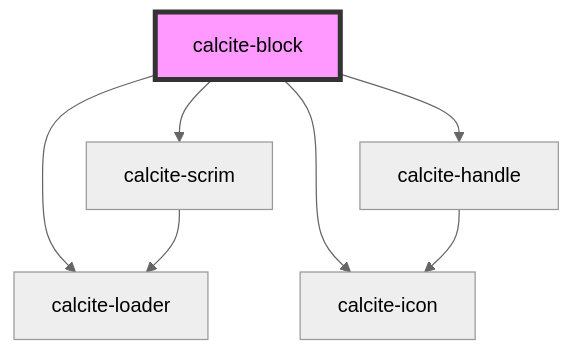
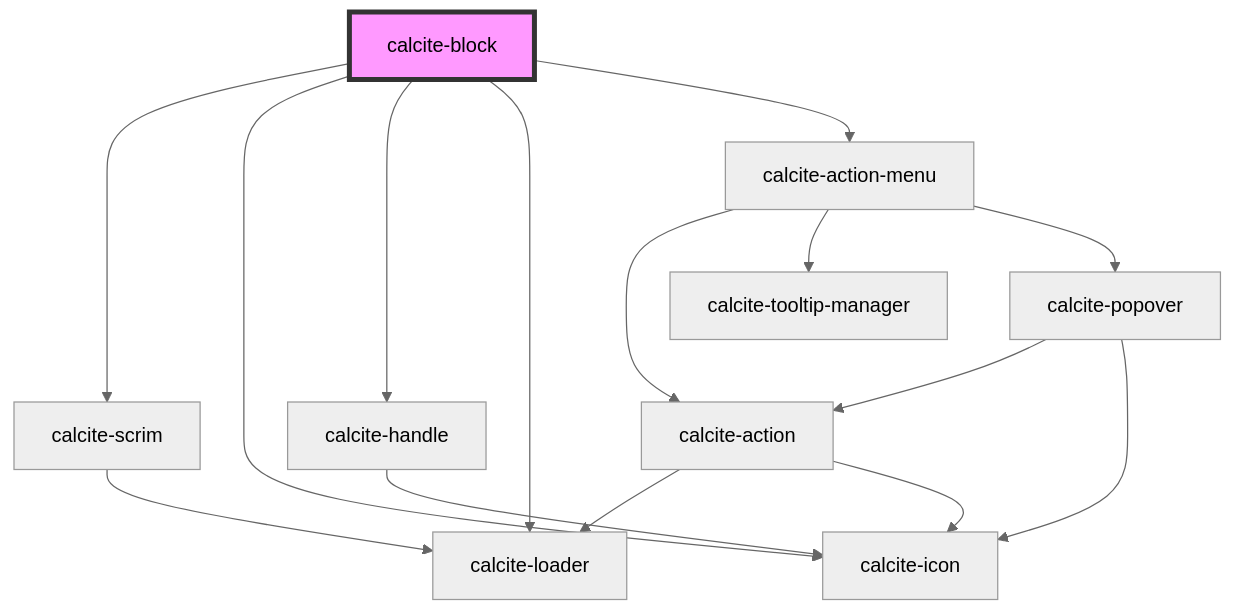
The diagram in src/components/calcite-block/readme.md (vikivakarvc/calcite-design-system), drawn with Mermaid (neutral theme) before and after one commit. The commit also changed other lines of this file and 5 other files, not shown here.

````diff
--- a/src/components/calcite-block/readme.md
+++ b/src/components/calcite-block/readme.md
@@ -99,10 +102,18 @@
 ```mermaid
 graph TD;
   calcite-block --> calcite-scrim
   calcite-block --> calcite-icon
   calcite-block --> calcite-handle
   calcite-block --> calcite-loader
+  calcite-block --> calcite-action-menu
   calcite-scrim --> calcite-loader
   calcite-handle --> calcite-icon
+  calcite-action-menu --> calcite-action
+  calcite-action-menu --> calcite-tooltip-manager
+  calcite-action-menu --> calcite-popover
+  calcite-action --> calcite-loader
+  calcite-action --> calcite-icon
+  calcite-popover --> calcite-action
+  calcite-popover --> calcite-icon
   style calcite-block fill:#f9f,stroke:#333,stroke-width:4px
 ```
````
